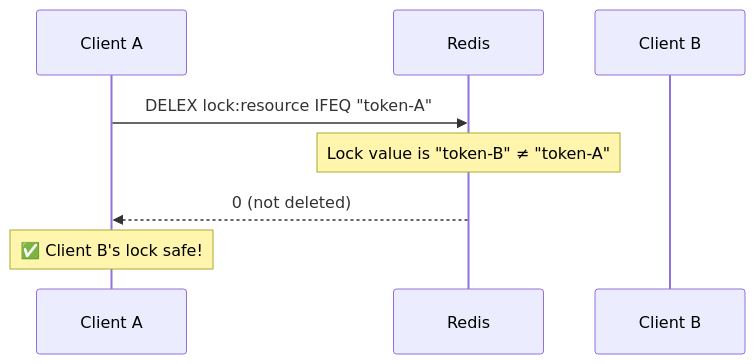
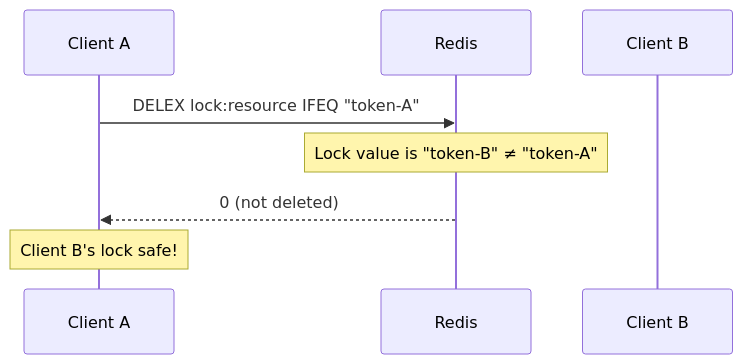
Before and after one commit to tishun/redlock4j: the eighth of 8 diagrams in docs/guide/architecture.md, drawn with Mermaid. The commit also changed other lines of this file and 91 other files, not shown here.

````diff
--- a/docs/guide/architecture.md
+++ b/docs/guide/architecture.md
@@ -372,11 +372,11 @@
 ```mermaid
 sequenceDiagram
     participant A as Client A
     participant R as Redis
     participant B as Client B
 
     A->>R: DELEX lock:resource IFEQ "token-A"
     Note over R: Lock value is "token-B" ≠ "token-A"
     R-->>A: 0 (not deleted)
-    Note over A: ✅ Client B's lock safe!
+    Note over A: Client B's lock safe!
 ```
````
